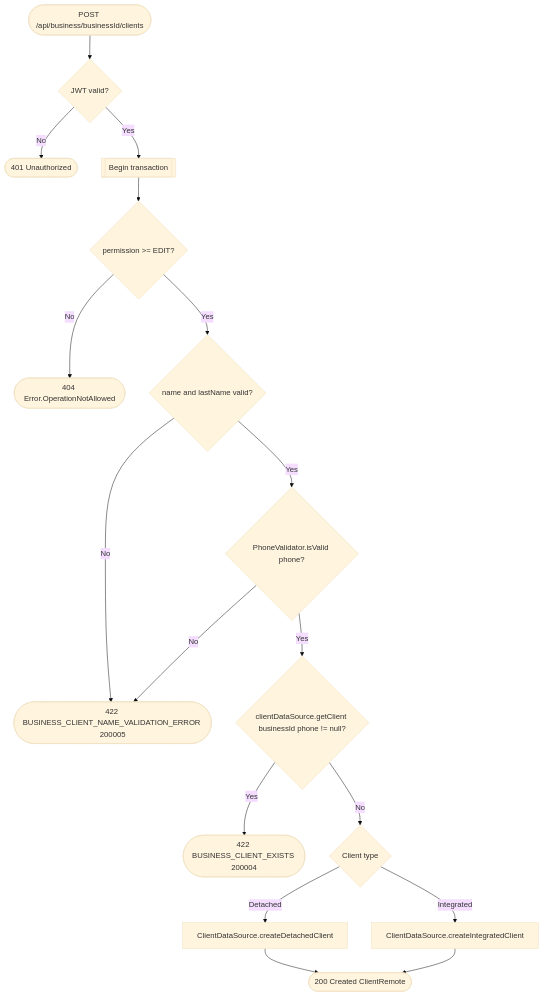
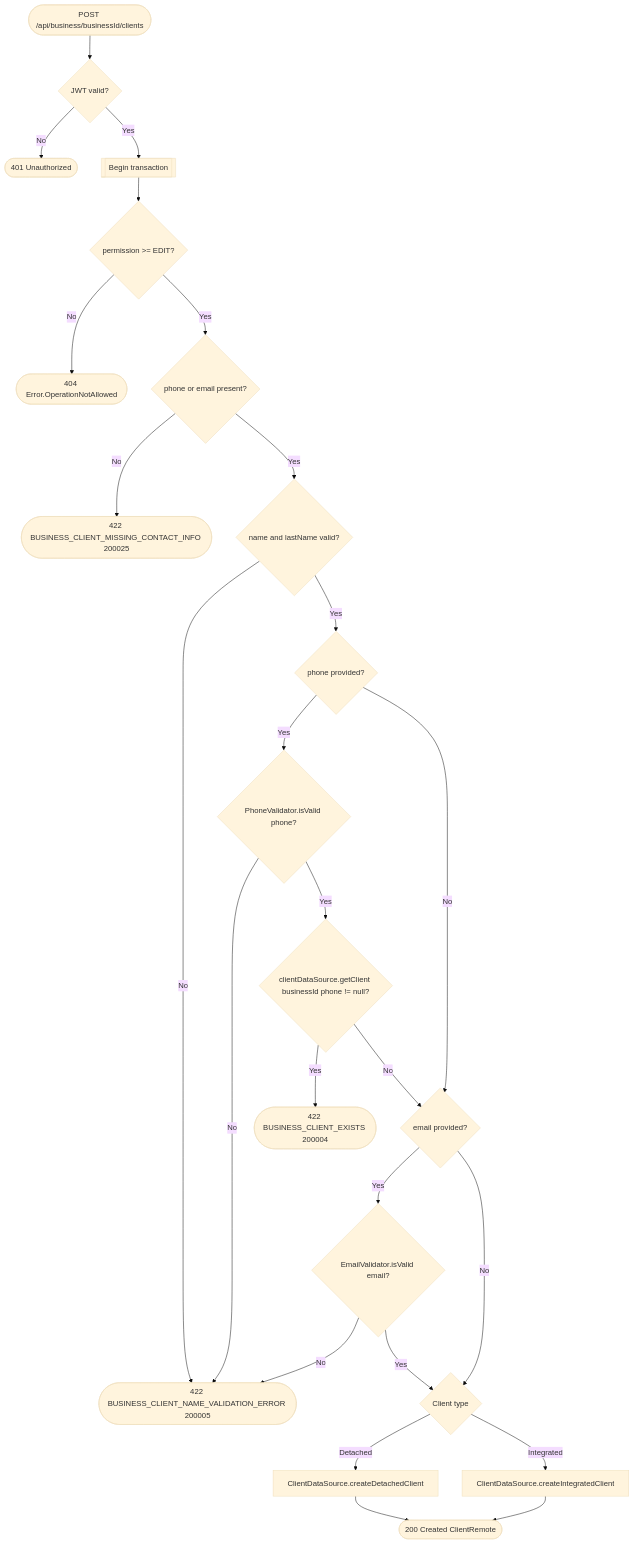
Before and after one commit to an22/bookk.me-backend: the diagram in docs/operations/business/create-client.md, drawn with Mermaid (base theme). The commit also changed other lines of this file and 33 other files, not shown here.

Commit message:
[ISSUE-89] create client on first business interaction

````diff
--- a/docs/operations/business/create-client.md
+++ b/docs/operations/business/create-client.md
@@ -10,19 +12,27 @@
 ```mermaid
 flowchart TD
     Start([POST /api/business/businessId/clients]) --> Auth{JWT valid?}
     Auth -- No --> R401([401 Unauthorized])
     Auth -- Yes --> Tx[[Begin transaction]]
     Tx --> Perm{permission >= EDIT?}
     Perm -- No --> R404a([404 Error.OperationNotAllowed])
-    Perm -- Yes --> NameCheck{name and lastName valid?}
+    Perm -- Yes --> ContactCheck{phone or email present?}
+    ContactCheck -- No --> R422c([422 BUSINESS_CLIENT_MISSING_CONTACT_INFO 200025])
+    ContactCheck -- Yes --> NameCheck{name and lastName valid?}
     NameCheck -- No --> R422a([422 BUSINESS_CLIENT_NAME_VALIDATION_ERROR 200005])
-    NameCheck -- Yes --> PhoneCheck{PhoneValidator.isValid phone?}
+    NameCheck -- Yes --> HasPhone{phone provided?}
+    HasPhone -- Yes --> PhoneCheck{PhoneValidator.isValid phone?}
     PhoneCheck -- No --> R422a
     PhoneCheck -- Yes --> Dup{clientDataSource.getClient businessId phone != null?}
     Dup -- Yes --> R422b([422 BUSINESS_CLIENT_EXISTS 200004])
-    Dup -- No --> TypeCheck{Client type}
+    Dup -- No --> HasEmail{email provided?}
+    HasPhone -- No --> HasEmail
+    HasEmail -- Yes --> EmailCheck{EmailValidator.isValid email?}
+    EmailCheck -- No --> R422a
+    EmailCheck -- Yes --> TypeCheck{Client type}
+    HasEmail -- No --> TypeCheck
     TypeCheck -- Detached --> CreateDetached[ClientDataSource.createDetachedClient]
     TypeCheck -- Integrated --> CreateIntegrated[ClientDataSource.createIntegratedClient]
     CreateDetached --> R200([200 Created ClientRemote])
     CreateIntegrated --> R200
 ```
````
